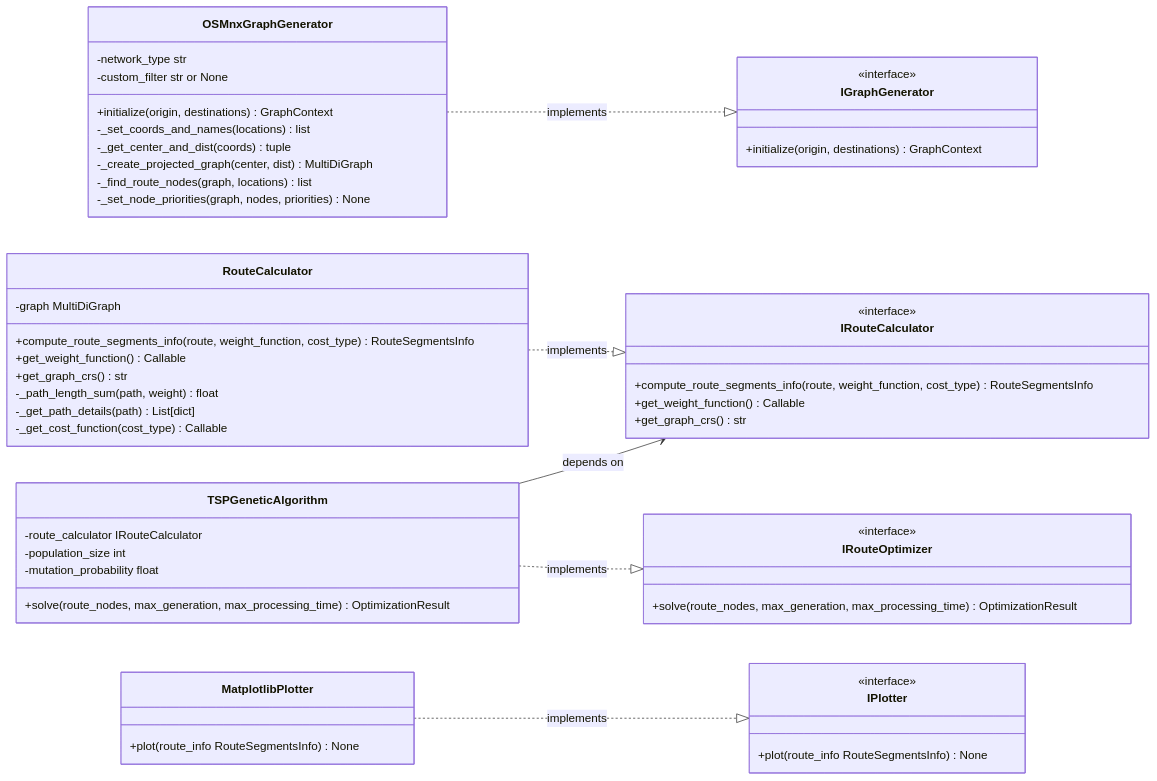
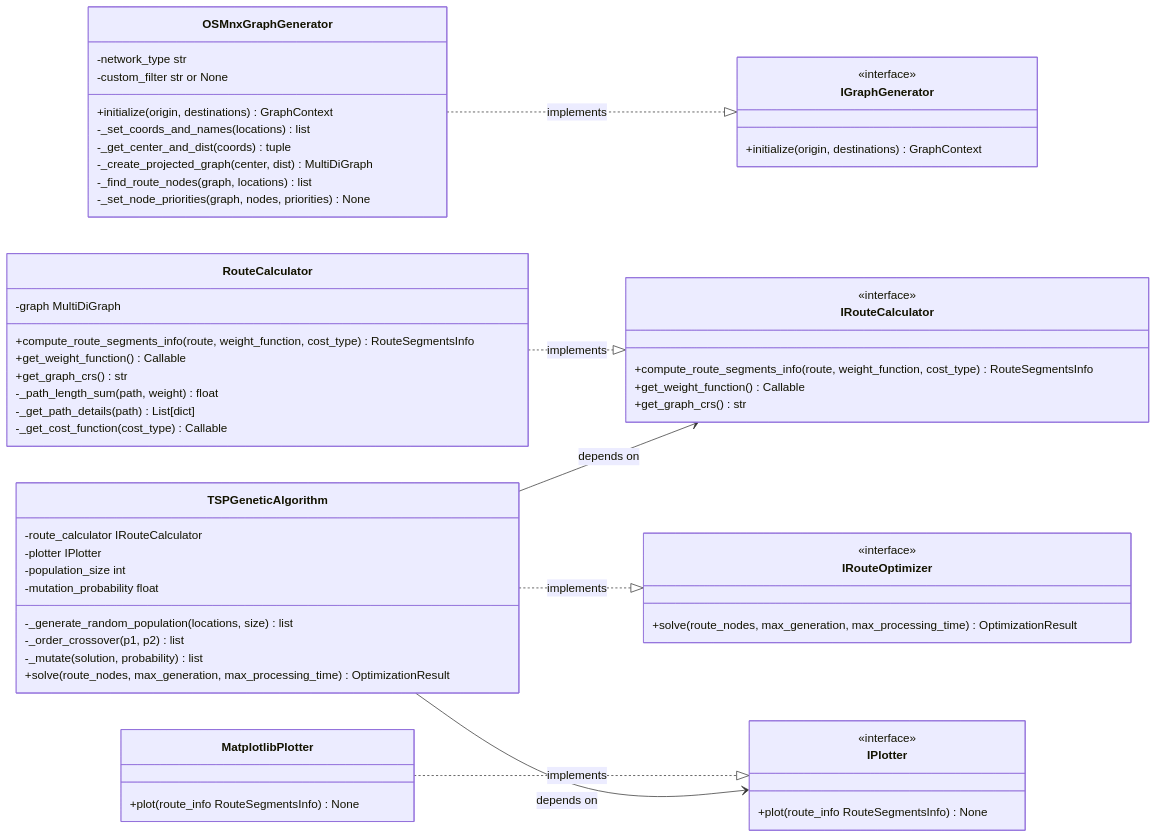
The second of 3 diagrams in architecture.md (luizaaca/api_best_route), drawn with Mermaid before and after one commit. The commit also changed other lines of this file and 6 other files, not shown here.

Commit message:
feat: Enhance TSPGeneticAlgorithm with plotter support and refactor RouteOptimizationService

````diff
--- a/architecture.md
+++ b/architecture.md
@@ -178,65 +178,70 @@
 ```mermaid
 classDiagram
     direction LR
 
     class IGraphGenerator {
         <<interface>>
         +initialize(origin, destinations) GraphContext
     }
 
     class IRouteCalculator {
         <<interface>>
         +compute_route_segments_info(route, weight_function, cost_type) RouteSegmentsInfo
         +get_weight_function() Callable
         +get_graph_crs() str
     }
 
     class IRouteOptimizer {
         <<interface>>
         +solve(route_nodes, max_generation, max_processing_time) OptimizationResult
     }
 
     class IPlotter {
         <<interface>>
         +plot(route_info RouteSegmentsInfo) None
     }
 
     class OSMnxGraphGenerator {
         -network_type str
         -custom_filter str or None
         +initialize(origin, destinations) GraphContext
         -_set_coords_and_names(locations) list
         -_get_center_and_dist(coords) tuple
         -_create_projected_graph(center, dist) MultiDiGraph
         -_find_route_nodes(graph, locations) list
         -_set_node_priorities(graph, nodes, priorities) None
     }
 
     class RouteCalculator {
         -graph MultiDiGraph
         +compute_route_segments_info(route, weight_function, cost_type) RouteSegmentsInfo
         +get_weight_function() Callable
         +get_graph_crs() str
         -_path_length_sum(path, weight) float
         -_get_path_details(path) List[dict]
         -_get_cost_function(cost_type) Callable
     }
 
     class TSPGeneticAlgorithm {
         -route_calculator IRouteCalculator
+        -plotter IPlotter           
         -population_size int
         -mutation_probability float
+        -_generate_random_population(locations, size) list
+        -_order_crossover(p1, p2) list
+        -_mutate(solution, probability) list
         +solve(route_nodes, max_generation, max_processing_time) OptimizationResult
     }
 
     class MatplotlibPlotter {
         +plot(route_info RouteSegmentsInfo) None
     }
 
     OSMnxGraphGenerator ..|> IGraphGenerator : implements
     RouteCalculator ..|> IRouteCalculator : implements
     TSPGeneticAlgorithm ..|> IRouteOptimizer : implements
     MatplotlibPlotter ..|> IPlotter : implements
 
     TSPGeneticAlgorithm --> IRouteCalculator : depends on
+    TSPGeneticAlgorithm --> IPlotter : depends on
 ```
````
